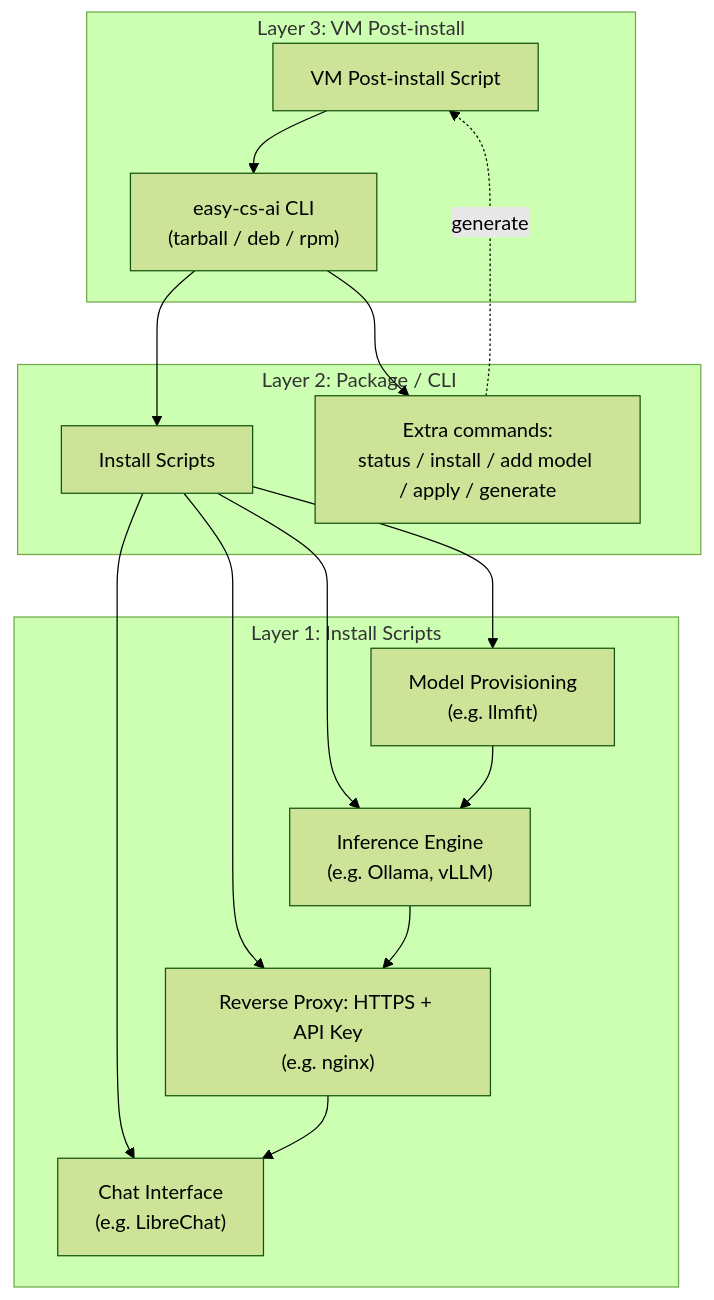
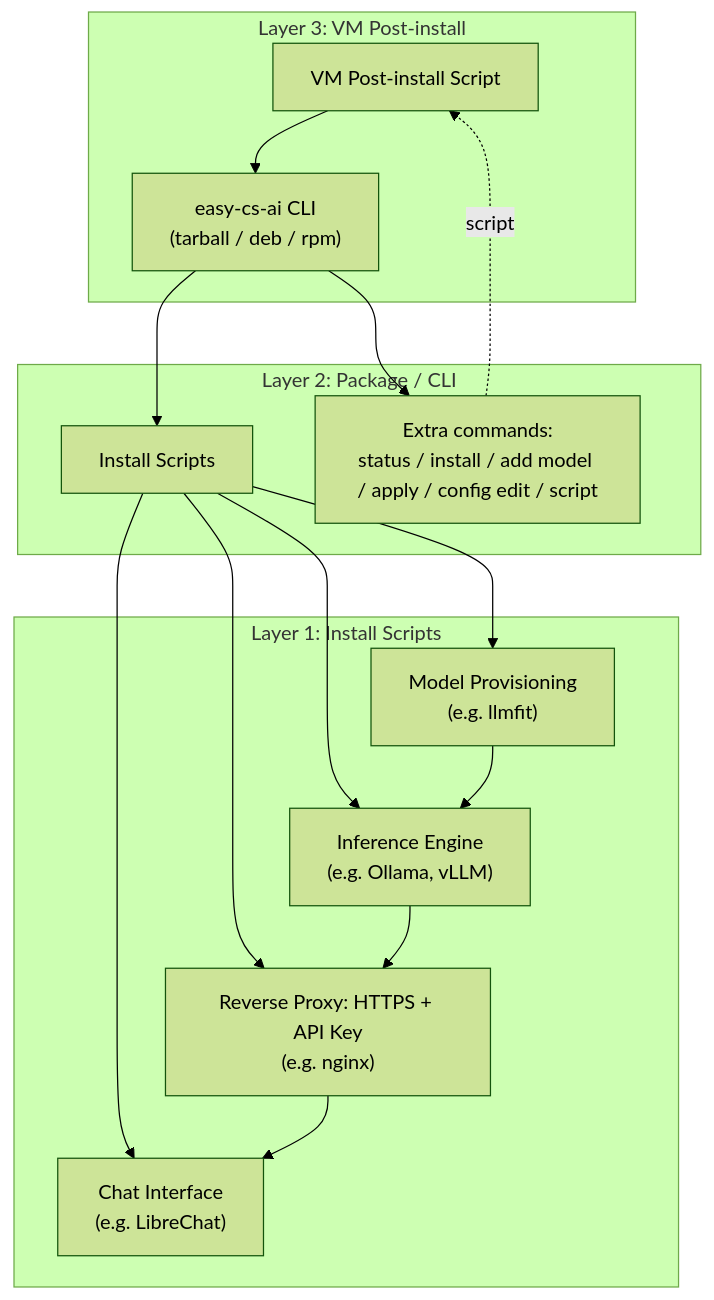
Before and after one commit to Dimsi-BS/easy-cs-ai: the diagram in README.md, drawn with Mermaid (forest theme). The commit also changed other lines of this file and 36 other files, not shown here.

First line of the commit message:
Split generate into config edit and script (#7)

````diff
--- a/README.md
+++ b/README.md
@@ -70,21 +70,21 @@
 ```mermaid
 graph TD
     subgraph L3["Layer 3: VM Post-install"]
         VM["VM Post-install Script"] --> PKG
     end
     subgraph L2["Layer 2: Package / CLI"]
         PKG["easy-cs-ai CLI\n(tarball / deb / rpm)"] --> IS
-        PKG --> Extra["Extra commands:\nstatus / install / add model / apply / generate"]
-        Extra -.generate.-> VM
+        PKG --> Extra["Extra commands:\nstatus / install / add model / apply / config edit / script"]
+        Extra -.script.-> VM
     end
     subgraph L1["Layer 1: Install Scripts"]
         IS["Install Scripts"]
         IS --> Engine
         IS --> Provisioning
         IS --> Proxy
         IS --> Chat
     end
     Engine["Inference Engine\n(e.g. Ollama, vLLM)"] --> Proxy
     Proxy["Reverse Proxy: HTTPS + API Key\n(e.g. nginx)"] --> Chat["Chat Interface\n(e.g. LibreChat)"]
     Provisioning["Model Provisioning\n(e.g. llmfit)"] --> Engine
 ```
````
